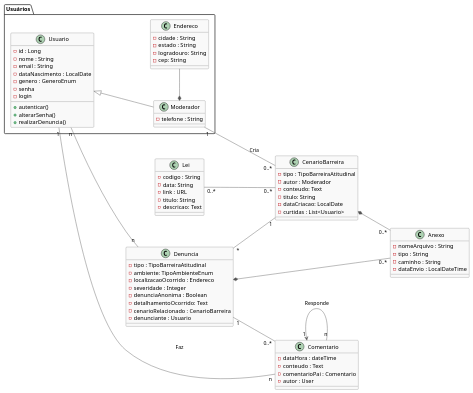
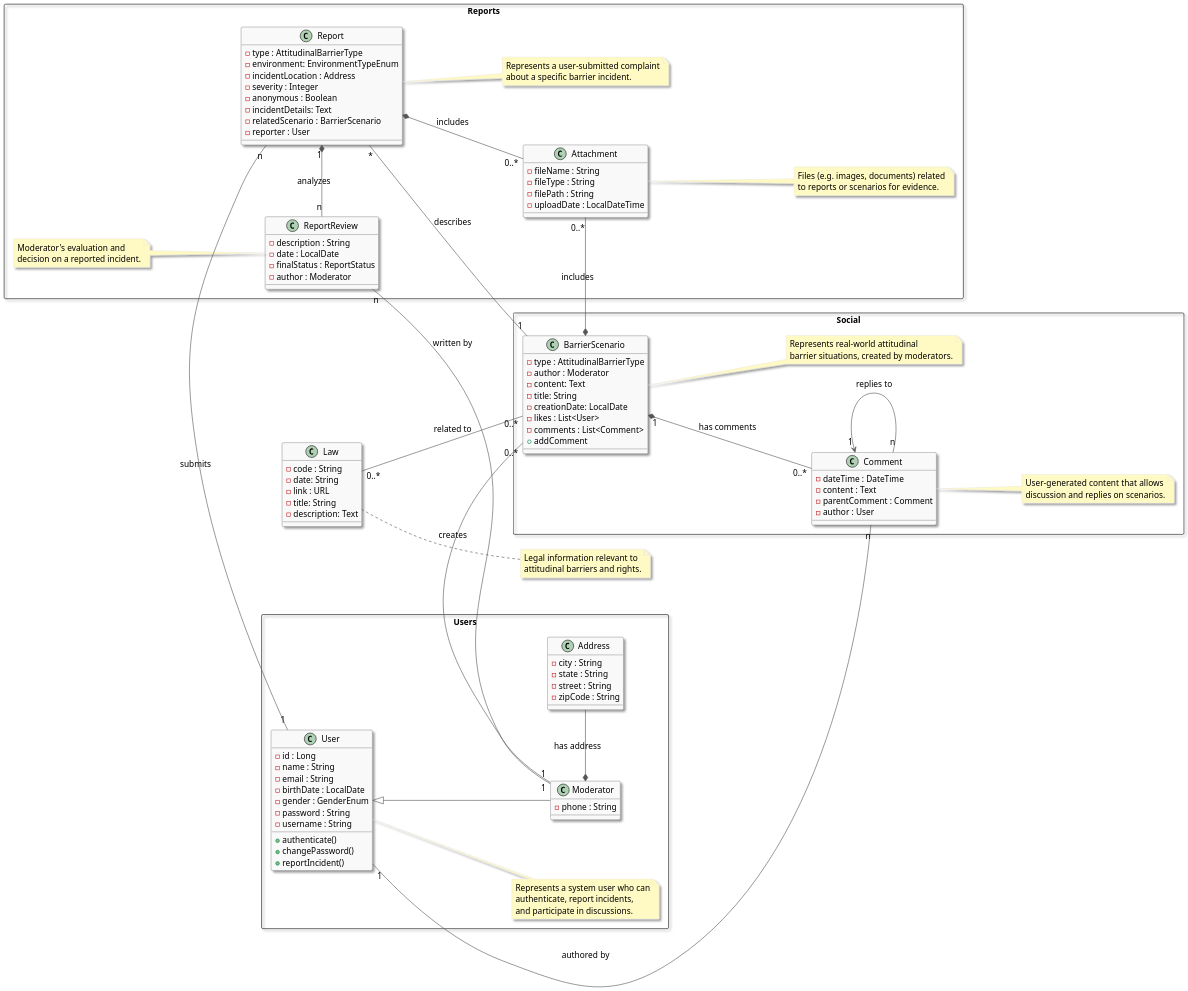
Before and after one commit to jaderAdriel/denuncie-barreiras: the diagram in docs/diagrams/class.puml, drawn with PlantUML. The commit also changed 4 other files, not shown here.

Commit message:
docs: atualiza diagramas, adiciona nova classe e muda atributos

```diff
--- a/docs/diagrams/class.puml
+++ b/docs/diagrams/class.puml
@@ -1,106 +1,162 @@
 @startuml
 ' https://plantuml.com/class-diagram
 
-skinparam Dpi 100
-skinparam Nodesep 80
-skinparam Ranksep 80
+skinparam Dpi 150
+skinparam shadowing true
+skinparam Nodesep 100
+skinparam Ranksep 100
 skinparam classBackgroundColor #F9F9F9
 skinparam classBorderColor #444444
 skinparam classArrowColor #555555
 skinparam noteBackgroundColor #FFF9C4
 skinparam noteBorderColor #E0E0E0
-skinparam groupInheritance 2
+skinparam groupInheritance 1
+
+skinparam defaultFontName "Arial"
+skinparam defaultFontSize 14
+'skinparam linetype ortho
 
 left to right direction
 
-package "Usuários" {
+package "Users"  <<Rectangle>> {
 
-    class Usuario {
+    class User {
         - id : Long
-        - nome : String
+        - name : String
         - email : String
-        - dataNascimento : LocalDate
-        - genero : GeneroEnum
-        - senha
-        - login
-        + autenticar()
-        + alterarSenha()
-        + realizarDenuncia()
+        - birthDate : LocalDate
+        - gender : GenderEnum
+        - password : String
+        - username : String
+        + authenticate()
+        + changePassword()
+        + reportIncident()
     }
 
-     class Moderador {
-        - telefone : String
+    class Moderator {
+        - phone : String
     }
 
-    class Endereco {
-        - cidade : String
-        - estado : String
-        - logradouro: String
-        - cep: String
+    class Address {
+        - city : String
+        - state : String
+        - street : String
+        - zipCode : String
     }
+
+    note right of User
+        Represents a system user who can
+        authenticate, report incidents,
+        and participate in discussions.
+    end note
+
+
 }
 
-class CenarioBarreira {
-    - tipo : TipoBarreiraAtitudinal
-    - autor : Moderador
-    - conteudo: Text
-    - titulo: String
-    - dataCriacao: LocalDate
-    - curtidas : List<Usuario>
+package "Social"  <<Rectangle>> {
+    class BarrierScenario {
+        - type : AttitudinalBarrierType
+        - author : Moderator
+        - content: Text
+        - title: String
+        - creationDate: LocalDate
+        - likes : List<User>
+        - comments : List<Comment>
+        + addComment
+    }
+
+    class Comment {
+        - dateTime : DateTime
+        - content : Text
+        - parentComment : Comment
+        - author : User
+    }
+
+    note right of BarrierScenario
+        Represents real-world attitudinal
+        barrier situations, created by moderators.
+    end note
+
+    note right of Comment
+        User-generated content that allows
+        discussion and replies on scenarios.
+    end note
 }
 
-class Lei {
-    - codigo : String
-    - data: String
+class Law {
+    - code : String
+    - date: String
     - link : URL
-    - titulo: String
-    - descricao: Text
+    - title: String
+    - description: Text
 }
 
-class Comentario {
-    - dataHora : dateTime
-    - conteudo : Text
-    - comentarioPai : Comentario
-    - autor : User
+note right of Law
+    Legal information relevant to
+    attitudinal barriers and rights.
+end note
+
+package "Reports"  <<Rectangle>> {
+    class Report {
+        - type : AttitudinalBarrierType
+        - environment: EnvironmentTypeEnum
+        - incidentLocation : Address
+        - severity : Integer
+        - anonymous : Boolean
+        - incidentDetails: Text
+        - relatedScenario : BarrierScenario
+        - reporter : User
+    }
+
+    class Attachment {
+        - fileName : String
+        - fileType : String
+        - filePath : String
+        - uploadDate : LocalDateTime
+    }
+
+    class ReportReview {
+        - description : String
+        - date : LocalDate
+        - finalStatus : ReportStatus
+        - author : Moderator
+    }
+
+    note right of Report
+        Represents a user-submitted complaint
+        about a specific barrier incident.
+    end note
+
+    note right of Attachment
+        Files (e.g. images, documents) related
+        to reports or scenarios for evidence.
+    end note
+
+    note left of ReportReview
+        Moderator's evaluation and
+        decision on a reported incident.
+    end note
 }
 
+' Inheritance and relationships
+User <|-- Moderator
 
-class Denuncia {
-    - tipo : TipoBarreiraAtitudinal
-    - ambiente: TipoAmbienteEnum
-    - localizacaoOcorrido : Endereco
-    - severidade : Integer
-    - denunciaAnonima : Boolean
-    - detalhamentoOcorrido: Text
-    - cenarioRelacionado : CenarioBarreira
-    - denunciante : Usuario
-}
+User "1" -- "n" Report : "submits"
 
-class Anexo {
-    - nomeArquivo : String
-    - tipo : String
-    - caminho : String
-    - dataEnvio : LocalDateTime
-}
+ReportReview "n" -- "1" Moderator : "written by"
+ReportReview "n" -* "1" Report : "analyzes"
 
+Comment "1" <-- "n" Comment : "replies to"
+Comment "n" -- "1" User : "authored by"
 
+Moderator *- Address : "has address"
+Moderator "1" -- "0..*" BarrierScenario : "creates"
 
-'Herança de Pessoa
-'Pessoa <|-- Usuario
-Usuario <|-- Moderador
-Usuario "n" -- "n" Denuncia
+Report "*" -- "1" BarrierScenario : "describes"
+BarrierScenario "1" *-- "0..*" Comment : "has comments"
+Law "0..*" -- "0..*" BarrierScenario : "related to"
 
-Comentario "1" <-- "n" Comentario : "Responde"
-Comentario "n" -- "1" Usuario : "Faz"
-
-Moderador *- Endereco
-Moderador "1"  -- "0..*" CenarioBarreira : "Cria"
-
-Denuncia "*" -- "1" CenarioBarreira
-Denuncia "1" -- "0..*" Comentario
-Lei "0..*" -- "0..*" CenarioBarreira
-
-Denuncia *-- "0..*" Anexo
-CenarioBarreira *-- "0..*" Anexo
+Report *-- "0..*" Attachment : "includes"
+BarrierScenario *-- "0..*" Attachment : "includes"
 
 @enduml
```
